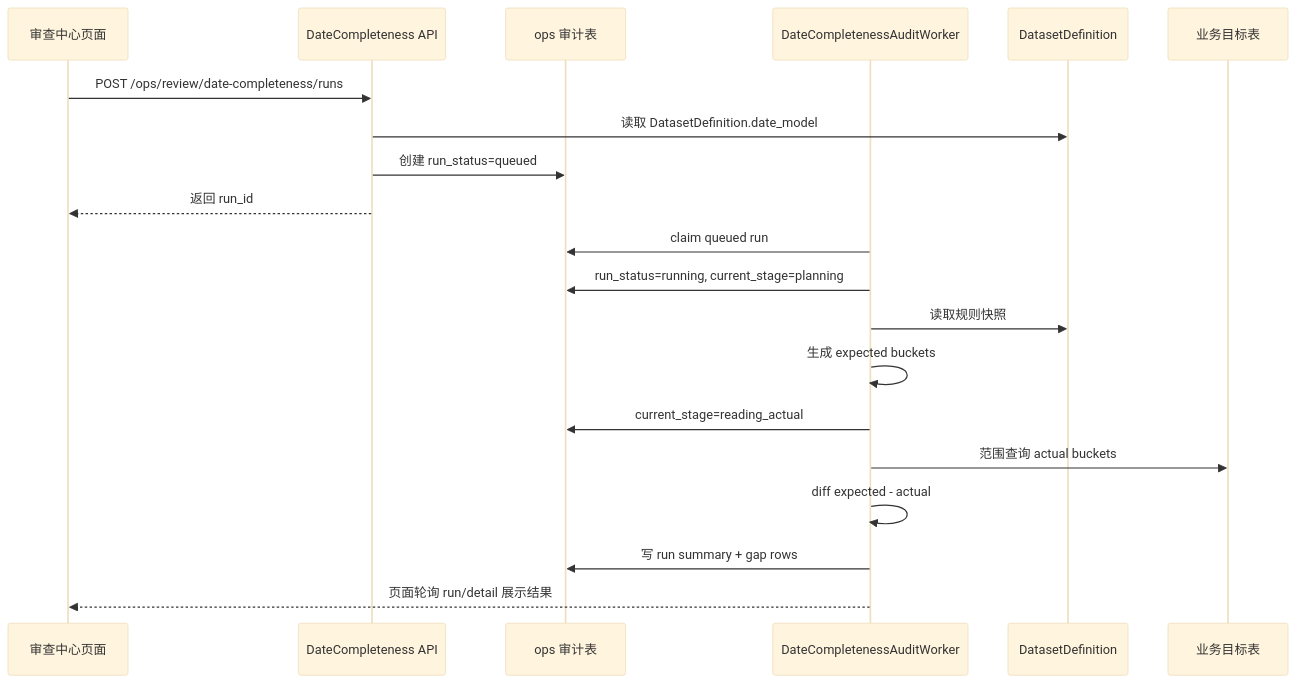
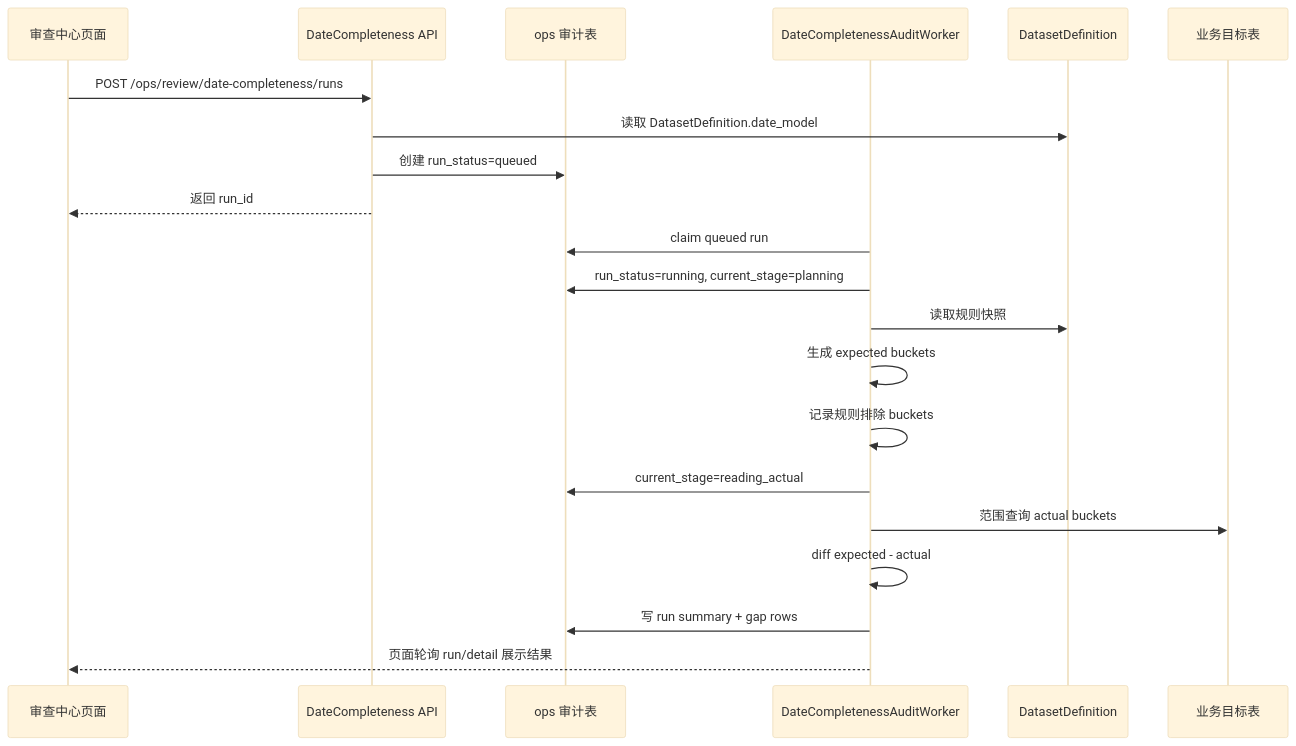
One commit to chiuser/goldenshare changed the second of 2 diagrams in docs/ops/dataset-date-completeness-audit-design-v2.md. Above: the diagram before and after it, drawn with Mermaid (base theme). The commit also changed other lines of this file and 25 other files, not shown here.

````diff
--- a/docs/ops/dataset-date-completeness-audit-design-v2.md
+++ b/docs/ops/dataset-date-completeness-audit-design-v2.md
@@ -257,23 +313,24 @@
 ```mermaid
 sequenceDiagram
   participant UI as 审查中心页面
   participant API as DateCompleteness API
   participant DB as ops 审计表
   participant Worker as DateCompletenessAuditWorker
   participant Def as DatasetDefinition
   participant Biz as 业务目标表
 
   UI->>API: POST /ops/review/date-completeness/runs
   API->>Def: 读取 DatasetDefinition.date_model
   API->>DB: 创建 run_status=queued
   API-->>UI: 返回 run_id
   Worker->>DB: claim queued run
   Worker->>DB: run_status=running, current_stage=planning
   Worker->>Def: 读取规则快照
   Worker->>Worker: 生成 expected buckets
+  Worker->>Worker: 记录规则排除 buckets
   Worker->>DB: current_stage=reading_actual
   Worker->>Biz: 范围查询 actual buckets
   Worker->>Worker: diff expected - actual
   Worker->>DB: 写 run summary + gap rows
   Worker-->>UI: 页面轮询 run/detail 展示结果
 ```
````
